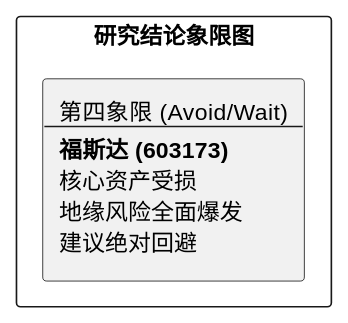
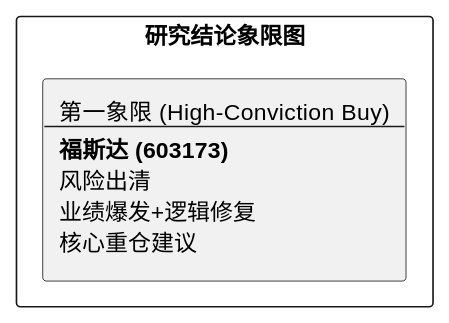
One commit to hrzzzrh/QuantPyLab changed the diagram in investigation/equities/福斯达/reports/研报章节七：投资摘要与风险因素.md. Above: the diagram before and after it, drawn with PlantUML. The commit also changed other lines of this file and 70 other files, not shown here.

````diff
--- a/investigation/equities/福斯达/reports/研报章节七：投资摘要与风险因素.md
+++ b/investigation/equities/福斯达/reports/研报章节七：投资摘要与风险因素.md
@@ -24,7 +24,7 @@
 ```plantuml
 @startuml
 rectangle "研究结论象限图" {
-    rectangle "第四象限 (Avoid/Wait)\n--\n**福斯达 (603173)**\n核心资产受损\n地缘风险全面爆发\n建议绝对回避" as Q4
+    rectangle "第一象限 (High-Conviction Buy)\n--\n**福斯达 (603173)**\n风险出清\n业绩爆发+逻辑修复\n核心重仓建议" as Q1
 }
 @enduml
 ```
````
